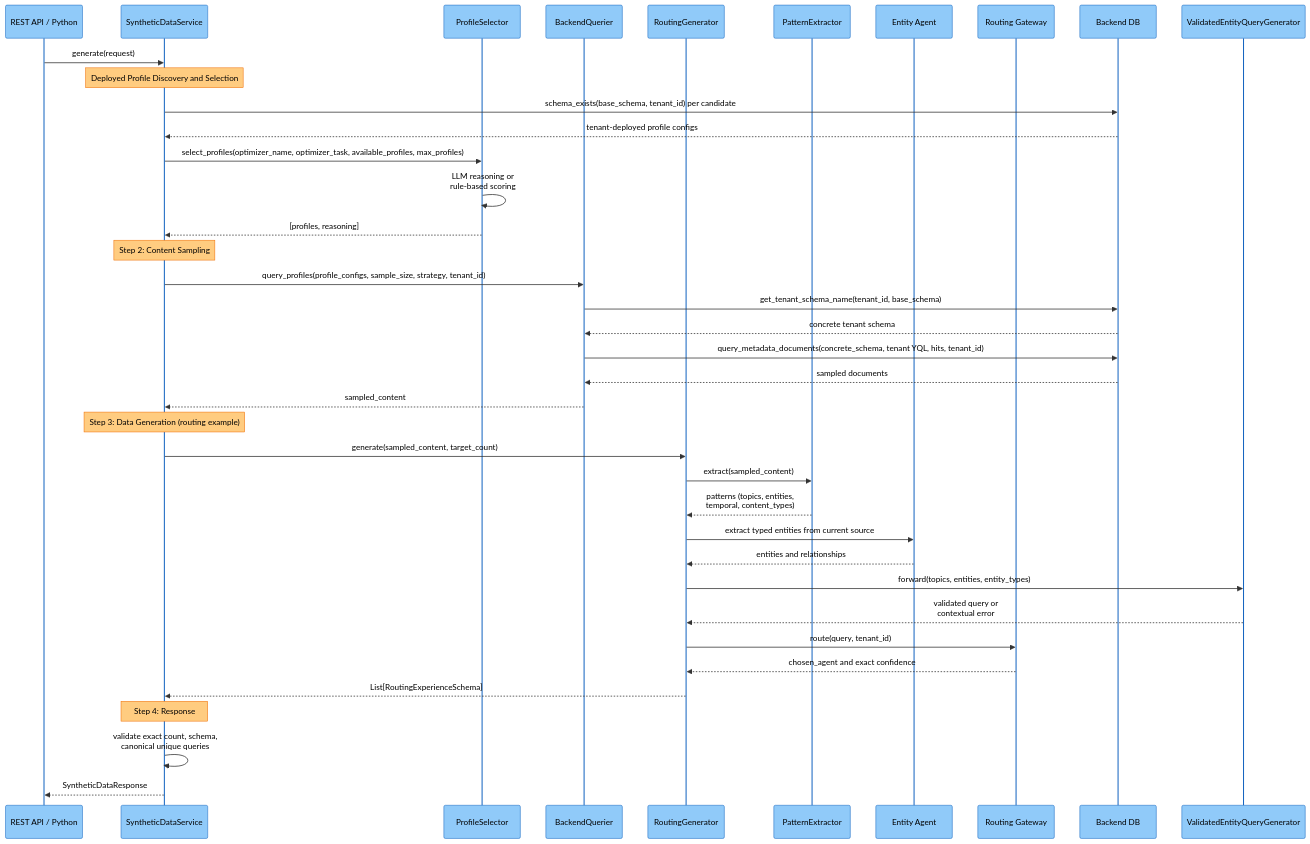
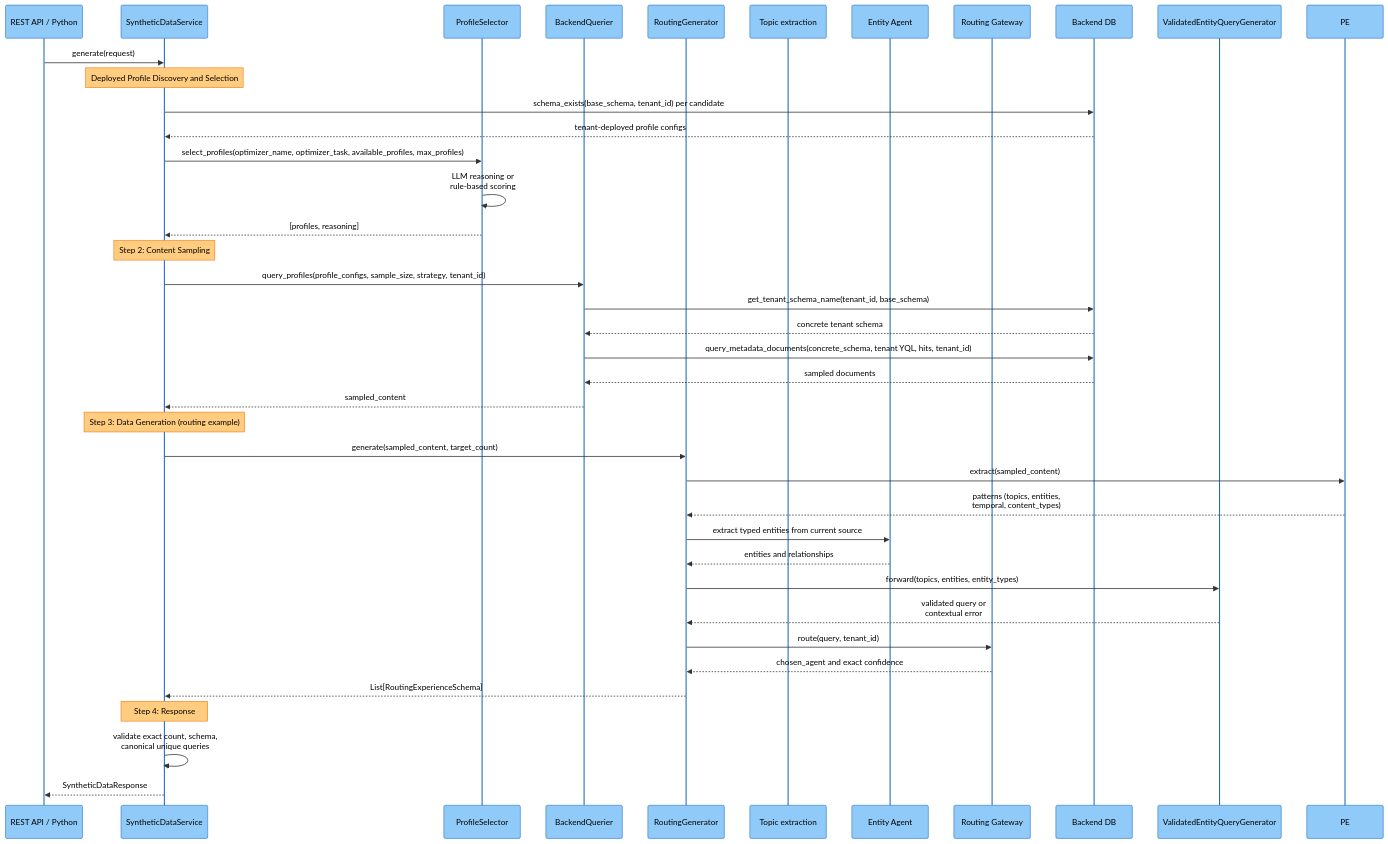
The second of 2 diagrams in docs/synthetic-data-generation.md (amit-jain/cogniverse), drawn with Mermaid before and after one commit. The commit also changed other lines of this file and 15 other files, not shown here.

First line of the commit message:
Delete PatternExtractor and route topics through extract_topic

````diff
--- a/docs/synthetic-data-generation.md
+++ b/docs/synthetic-data-generation.md
@@ -109,47 +109,47 @@
 ```mermaid
 %%{init: {"theme": "base", "themeVariables": {"actorBkg": "#90caf9", "actorBorder": "#1565c0", "actorTextColor": "#000000", "lineColor": "#546e7a", "noteBkgColor": "#ffcc80", "noteBorderColor": "#ef6c00", "noteTextColor": "#000000", "signalTextColor": "#000000"}}}%%
 sequenceDiagram
     participant API as REST API / Python
     participant Service as SyntheticDataService
     participant PS as ProfileSelector
     participant BQ as BackendQuerier
     participant Gen as RoutingGenerator
-    participant PE as PatternExtractor
+    participant TE as Topic extraction
     participant Entity as Entity Agent
     participant Gateway as Routing Gateway
     participant Backend as Backend DB
     participant DSPy as ValidatedEntityQueryGenerator
 
     API->>Service: generate(request)
 
     Note over Service: Deployed Profile Discovery and Selection
     Service->>Backend: schema_exists(base_schema, tenant_id) per candidate
     Backend-->>Service: tenant-deployed profile configs
     Service->>PS: select_profiles(optimizer_name, optimizer_task, available_profiles, max_profiles)
     PS->>PS: LLM reasoning or<br/>rule-based scoring
     PS-->>Service: [profiles, reasoning]
 
     Note over Service: Step 2: Content Sampling
     Service->>BQ: query_profiles(profile_configs, sample_size, strategy, tenant_id)
     BQ->>Backend: get_tenant_schema_name(tenant_id, base_schema)
     Backend-->>BQ: concrete tenant schema
     BQ->>Backend: query_metadata_documents(concrete_schema, tenant YQL, hits, tenant_id)
     Backend-->>BQ: sampled documents
     BQ-->>Service: sampled_content
 
     Note over Service: Step 3: Data Generation (routing example)
     Service->>Gen: generate(sampled_content, target_count)
     Gen->>PE: extract(sampled_content)
     PE-->>Gen: patterns (topics, entities,<br/>temporal, content_types)
     Gen->>Entity: extract typed entities from current source
     Entity-->>Gen: entities and relationships
     Gen->>DSPy: forward(topics, entities, entity_types)
     DSPy-->>Gen: validated query or<br/>contextual error
     Gen->>Gateway: route(query, tenant_id)
     Gateway-->>Gen: chosen_agent and exact confidence
     Gen-->>Service: List[RoutingExperienceSchema]
 
     Note over Service: Step 4: Response
     Service->>Service: validate exact count, schema,<br/>canonical unique queries
     Service-->>API: SyntheticDataResponse
 ```
````
